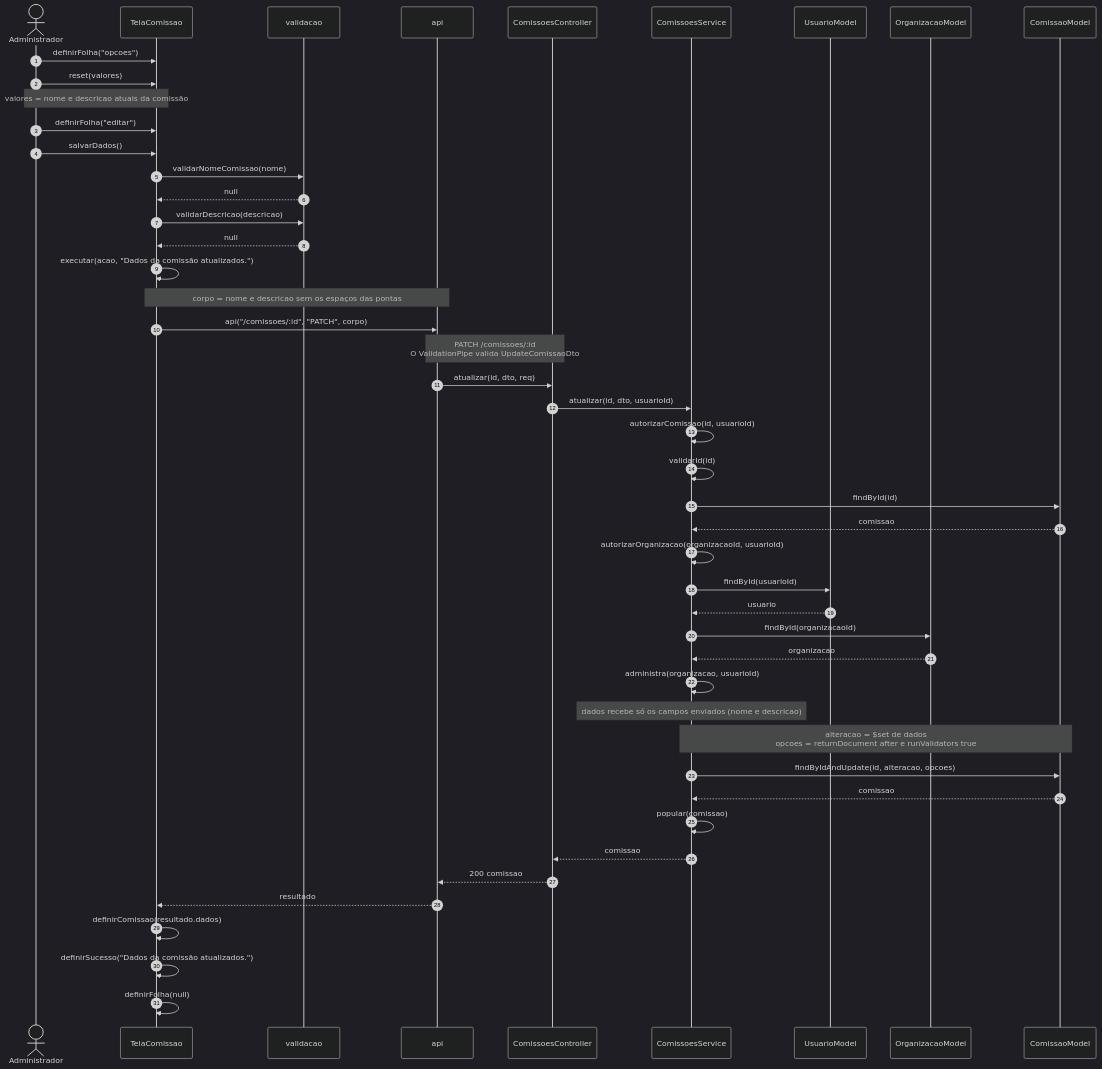
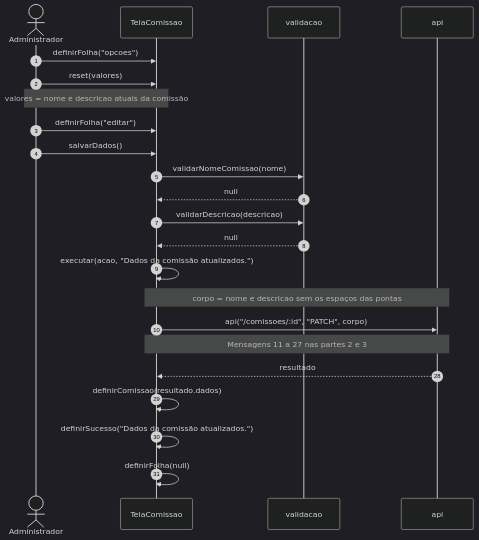
One commit to Conecta-IFSP/DOCUMENTATION changed diagram 11 of 28 in 2 - Incremento 1/cadastro-comissao/6 - diagramas-sequencia-cadastro-comissao.md. Above: the diagram before and after it, drawn with Mermaid (dark theme). The commit also changed other lines of this file and 5 other files, not shown here.

Commit message:
Divide os diagramas de sequência dos incrementos 1 e 2 em partes legíveis

````diff
--- a/2 - Incremento 1/cadastro-comissao/6 - diagramas-sequencia-cadastro-comissao.md
+++ b/2 - Incremento 1/cadastro-comissao/6 - diagramas-sequencia-cadastro-comissao.md
@@ -194,49 +312,26 @@
 ```mermaid
 sequenceDiagram
-    autonumber
+    autonumber 1
     actor U as Administrador
     participant T as TelaComissao
     participant V as validacao
     participant A as api
-    participant C as ComissoesController
-    participant S as ComissoesService
-    participant UM as UsuarioModel
-    participant OM as OrganizacaoModel
-    participant M as ComissaoModel
     U->>T: definirFolha("opcoes")
     U->>T: reset(valores)
     Note over U,T: valores = nome e descricao atuais da comissão
     U->>T: definirFolha("editar")
     U->>T: salvarDados()
     T->>V: validarNomeComissao(nome)
     V-->>T: null
     T->>V: validarDescricao(descricao)
     V-->>T: null
     T->>T: executar(acao, "Dados da comissão atualizados.")
     Note over T,A: corpo = nome e descricao sem os espaços das pontas
     T->>A: api("/comissoes/:id", "PATCH", corpo)
-    Note over A,C: PATCH /comissoes/:id<br/>O ValidationPipe valida UpdateComissaoDto
-    A->>C: atualizar(id, dto, req)
-    C->>S: atualizar(id, dto, usuarioId)
-    S->>S: autorizarComissao(id, usuarioId)
-    S->>S: validarId(id)
-    S->>M: findById(id)
-    M-->>S: comissao
-    S->>S: autorizarOrganizacao(organizacaoId, usuarioId)
-    S->>UM: findById(usuarioId)
-    UM-->>S: usuario
-    S->>OM: findById(organizacaoId)
-    OM-->>S: organizacao
-    S->>S: administra(organizacao, usuarioId)
-    Note over S: dados recebe só os campos enviados (nome e descricao)
-    Note over S,M: alteracao = $set de dados<br/>opcoes = returnDocument after e runValidators true
-    S->>M: findByIdAndUpdate(id, alteracao, opcoes)
-    M-->>S: comissao
-    S->>S: popular(comissao)
-    S-->>C: comissao
-    C-->>A: 200 comissao
+    Note over T,A: Mensagens 11 a 27 nas partes 2 e 3
+    autonumber 28
     A-->>T: resultado
     T->>T: definirComissao(resultado.dados)
     T->>T: definirSucesso("Dados da comissão atualizados.")
     T->>T: definirFolha(null)
 ```
````
